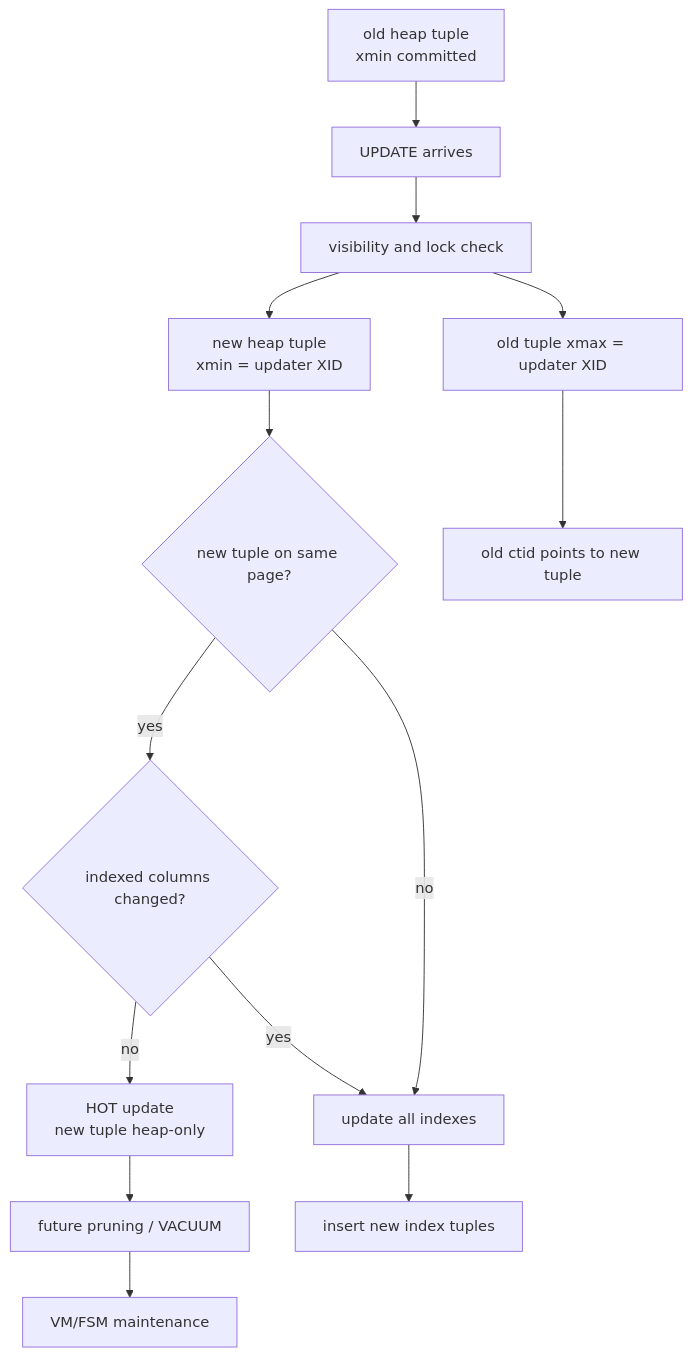
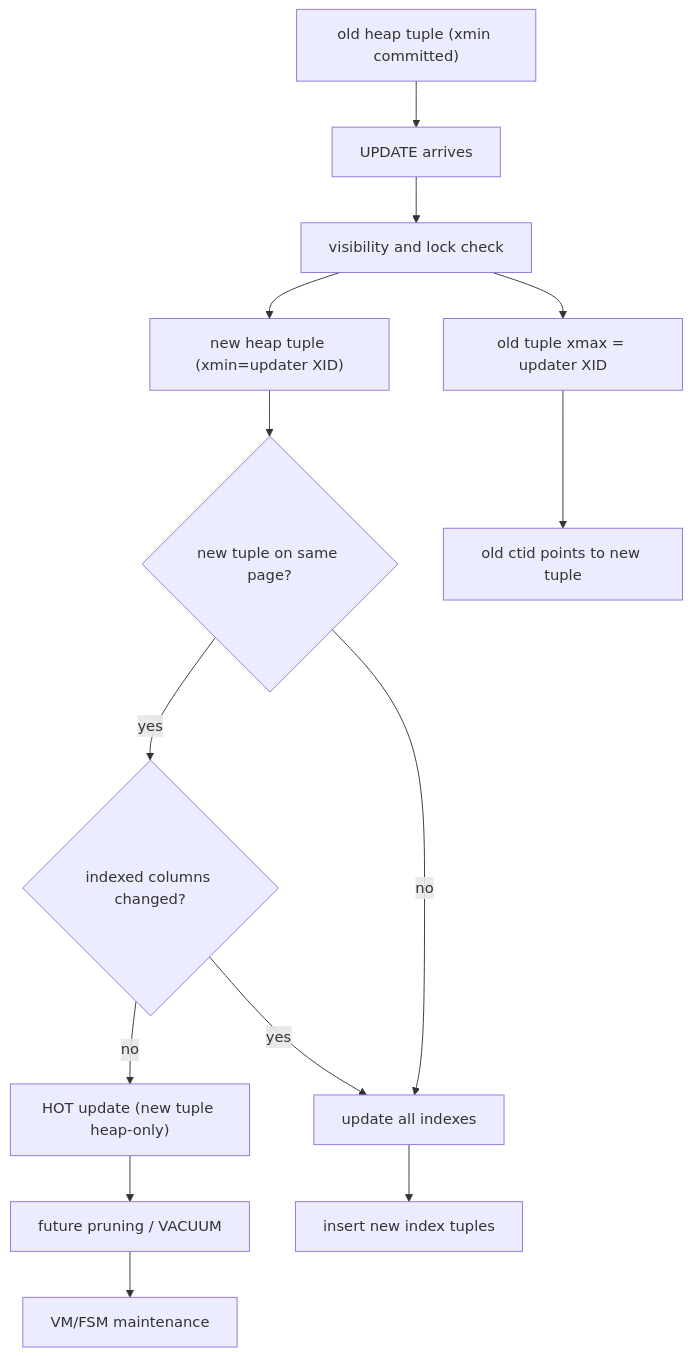
Before and after one commit to Dog-Du/Dog-Du.github.io: the fifth of 16 diagrams in content/posts/learning-database-industry-day011-2026-06-10-postgresql-oltp-storage.md, drawn with Mermaid. The commit also changed other lines of this file and 2 other files, not shown here.

````diff
--- a/content/posts/learning-database-industry-day011-2026-06-10-postgresql-oltp-storage.md
+++ b/content/posts/learning-database-industry-day011-2026-06-10-postgresql-oltp-storage.md
@@ -306,18 +306,18 @@
 ```mermaid
 flowchart TB
-    Old[old heap tuple<br/>xmin committed] --> Update[UPDATE arrives]
+    Old["old heap tuple (xmin committed)"] --> Update[UPDATE arrives]
     Update --> Check[visibility and lock check]
-    Check --> New[new heap tuple<br/>xmin = updater XID]
+    Check --> New["new heap tuple (xmin=updater XID)"]
     Check --> OldMark[old tuple xmax = updater XID]
     OldMark --> CTID[old ctid points to new tuple]
 
     New --> SamePage{new tuple on same page?}
     SamePage -->|yes| IndexedCols{indexed columns changed?}
     SamePage -->|no| AllIndexes[update all indexes]
-    IndexedCols -->|no| HOT[HOT update<br/>new tuple heap-only]
+    IndexedCols -->|no| HOT["HOT update (new tuple heap-only)"]
     IndexedCols -->|yes| AllIndexes
 
     HOT --> Prune[future pruning / VACUUM]
     AllIndexes --> IndexWrite[insert new index tuples]
-    Prune --> VMFSM[VM/FSM maintenance]
+    Prune --> VMFSM["VM/FSM maintenance"]
 ```
````
